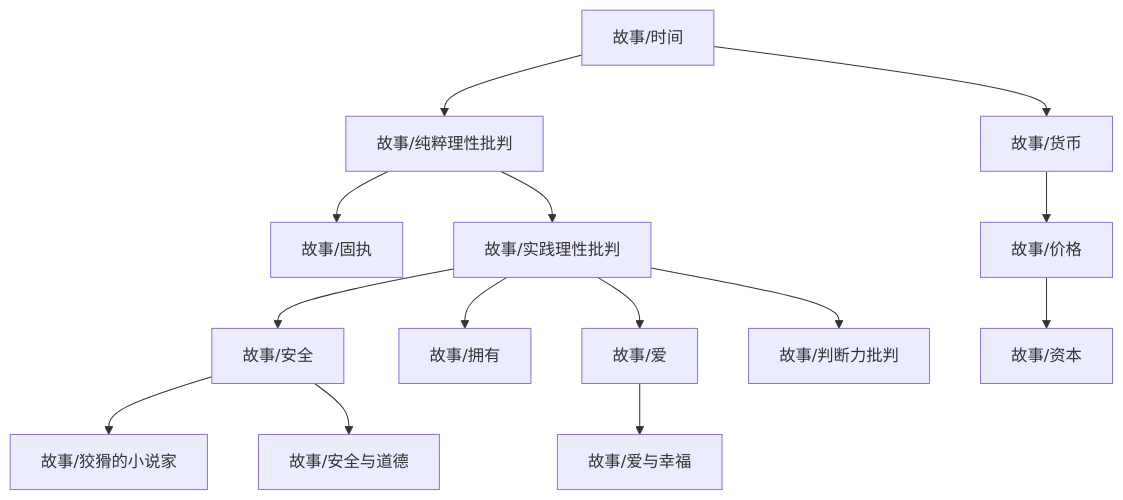
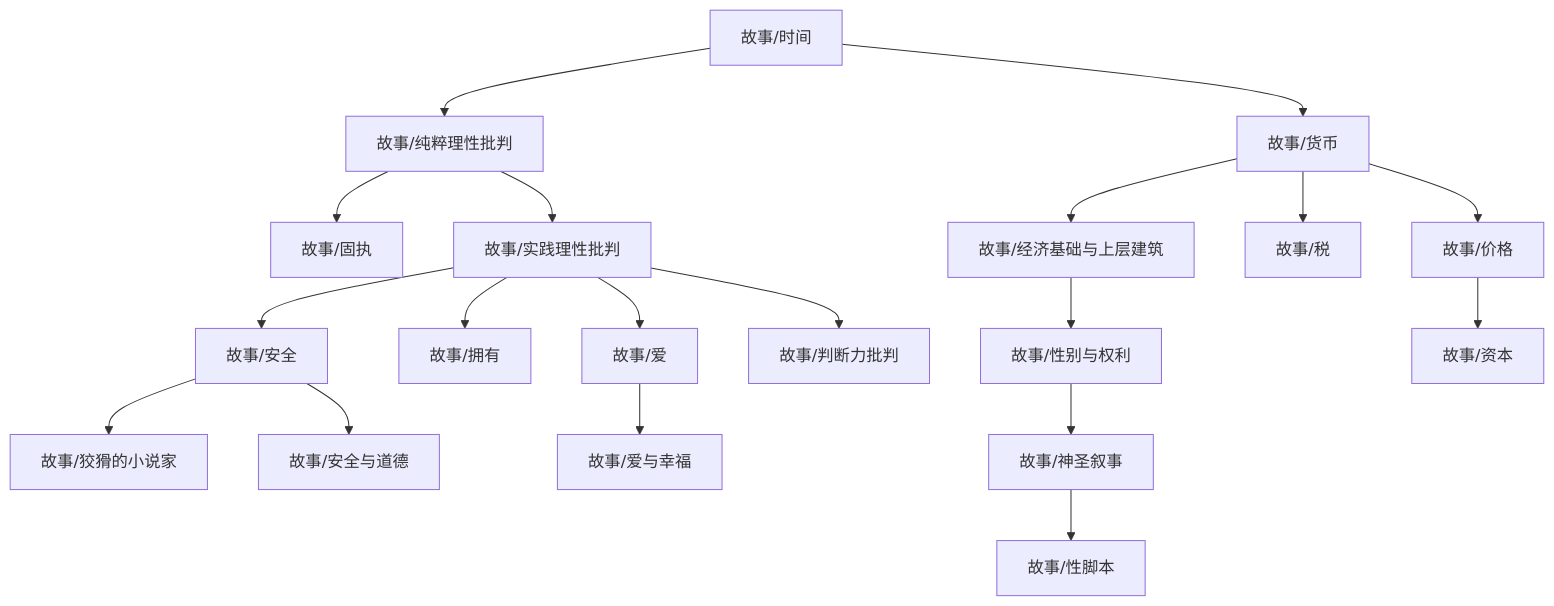
The diagram in content/故事/dependency_graph.md (zeroDtree/zeroDtree.github.io), drawn with Mermaid before and after one commit. The commit also changed 16 other files, not shown here.

````diff
--- a/content/故事/dependency_graph.md
+++ b/content/故事/dependency_graph.md
@@ -1,16 +1,21 @@
 ```mermaid
 graph TD
 1["故事/纯粹理性批判"] --> 0["故事/固执"]
-3["故事/价格"] --> 2["故事/资本"]
-5["故事/安全"] --> 4["故事/狡猾的小说家"]
-1["故事/纯粹理性批判"] --> 6["故事/实践理性批判"]
-7["故事/时间"] --> 1["故事/纯粹理性批判"]
-6["故事/实践理性批判"] --> 5["故事/安全"]
-6["故事/实践理性批判"] --> 8["故事/拥有"]
-6["故事/实践理性批判"] --> 9["故事/爱"]
-10["故事/货币"] --> 3["故事/价格"]
-5["故事/安全"] --> 12["故事/安全与道德"]
-9["故事/爱"] --> 13["故事/爱与幸福"]
-7["故事/时间"] --> 10["故事/货币"]
-6["故事/实践理性批判"] --> 14["故事/判断力批判"]
+3["故事/经济基础与上层建筑"] --> 2["故事/性别与权利"]
+5["故事/价格"] --> 4["故事/资本"]
+7["故事/安全"] --> 6["故事/狡猾的小说家"]
+1["故事/纯粹理性批判"] --> 8["故事/实践理性批判"]
+9["故事/时间"] --> 1["故事/纯粹理性批判"]
+8["故事/实践理性批判"] --> 7["故事/安全"]
+10["故事/货币"] --> 3["故事/经济基础与上层建筑"]
+8["故事/实践理性批判"] --> 11["故事/拥有"]
+10["故事/货币"] --> 12["故事/税"]
+8["故事/实践理性批判"] --> 13["故事/爱"]
+10["故事/货币"] --> 5["故事/价格"]
+7["故事/安全"] --> 15["故事/安全与道德"]
+17["故事/神圣叙事"] --> 16["故事/性脚本"]
+2["故事/性别与权利"] --> 17["故事/神圣叙事"]
+13["故事/爱"] --> 18["故事/爱与幸福"]
+9["故事/时间"] --> 10["故事/货币"]
+8["故事/实践理性批判"] --> 19["故事/判断力批判"]
 ```
````
